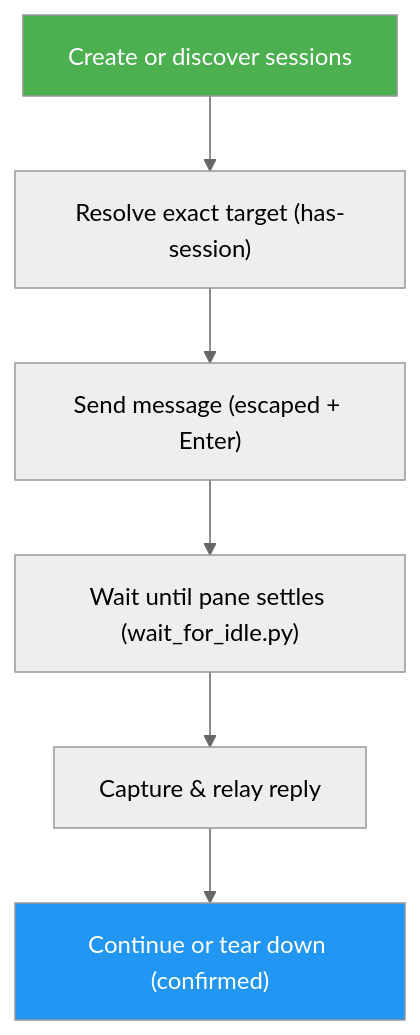
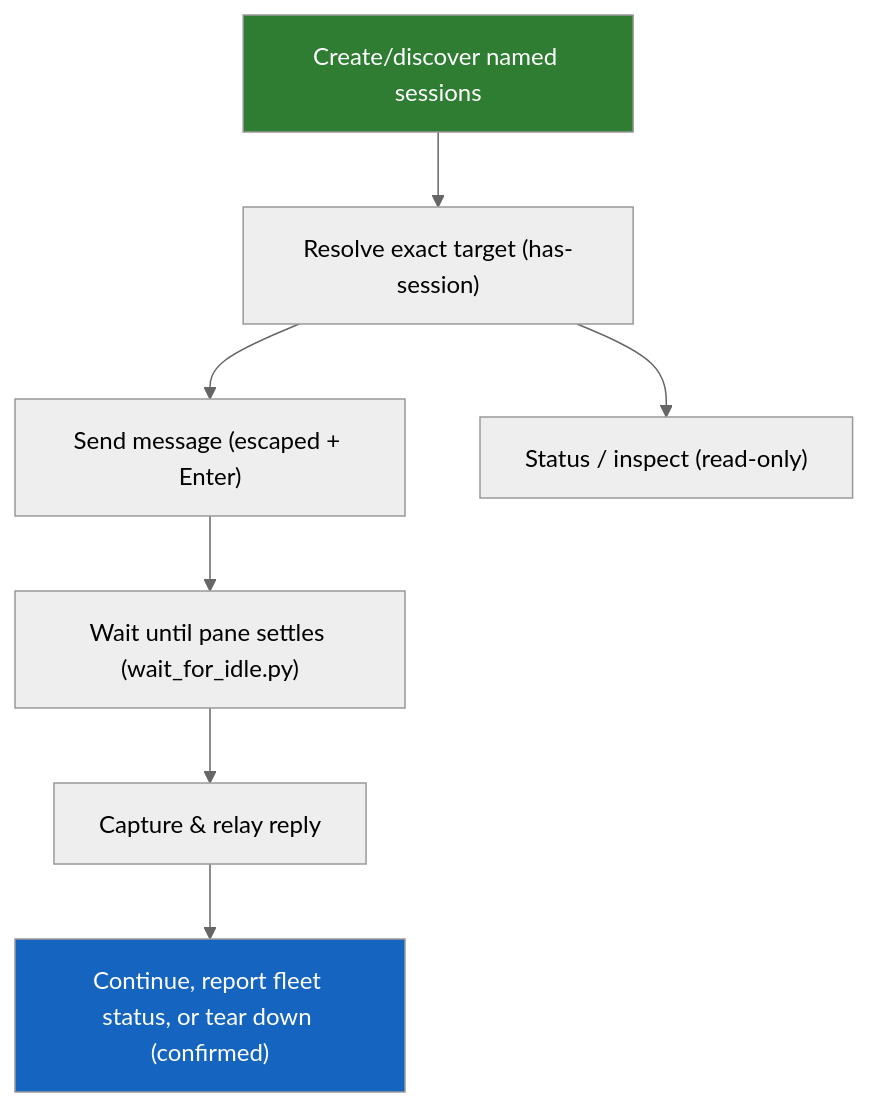
Before and after one commit to belinwu/luongnv89-skills: the diagram in skills/tmux-agent-comms/docs/README.md, drawn with Mermaid (neutral theme). The commit also changed other lines of this file and 3 other files, not shown here.

First line of the commit message:
Update tmux-agent-comms observability and startup flow (#70)

````diff
--- a/skills/tmux-agent-comms/docs/README.md
+++ b/skills/tmux-agent-comms/docs/README.md
@@ -32,10 +36,11 @@
 ```mermaid
 graph TD
-    A["Create or discover sessions"] --> B["Resolve exact target (has-session)"]
+    A["Create/discover named sessions"] --> B["Resolve exact target (has-session)"]
     B --> C["Send message (escaped + Enter)"]
+    B --> S["Status / inspect (read-only)"]
     C --> D["Wait until pane settles (wait_for_idle.py)"]
     D --> E["Capture & relay reply"]
-    E --> F["Continue or tear down (confirmed)"]
-    style A fill:#4CAF50,color:#fff
-    style F fill:#2196F3,color:#fff
+    E --> F["Continue, report fleet status, or tear down (confirmed)"]
+    style A fill:#2E7D32,color:#fff
+    style F fill:#1565C0,color:#fff
 ```
````
